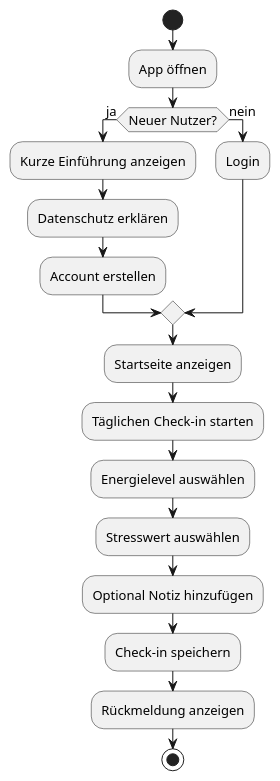
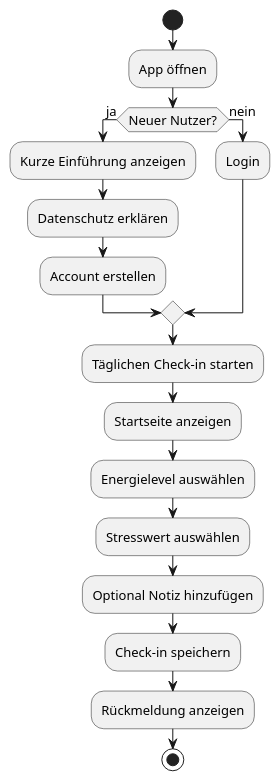
Before and after one commit to L4w1n/Software-Engineering-Team-F2: the first of 3 diagrams in docs/product/ux_concept.adoc, drawn with PlantUML. The commit also changed other lines of this file, not shown here.

```diff
--- a/docs/product/ux_concept.adoc
+++ b/docs/product/ux_concept.adoc
@@ -149,26 +149,26 @@
 [plantuml, onboarding-flow, svg]
 ....
 @startuml
 skinparam monochrome true
 skinparam defaultFontSize 13
 
 start
 :App öffnen;
 if (Neuer Nutzer?) then (ja)
  :Kurze Einführung anzeigen;
  :Datenschutz erklären;
  :Account erstellen;
 else (nein)
  :Login;
 endif
+:Täglichen Check-in starten;
 :Startseite anzeigen;
-:Täglichen Check-in starten;
 :Energielevel auswählen;
 :Stresswert auswählen;
 :Optional Notiz hinzufügen;
 :Check-in speichern;
 :Rückmeldung anzeigen;
 stop
 
 @enduml
 ....
```
